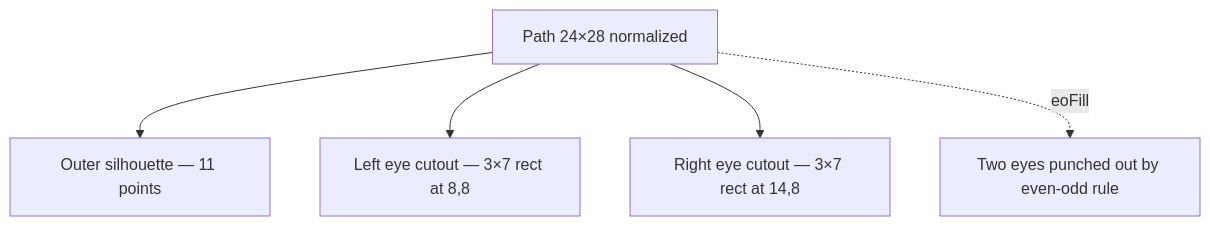
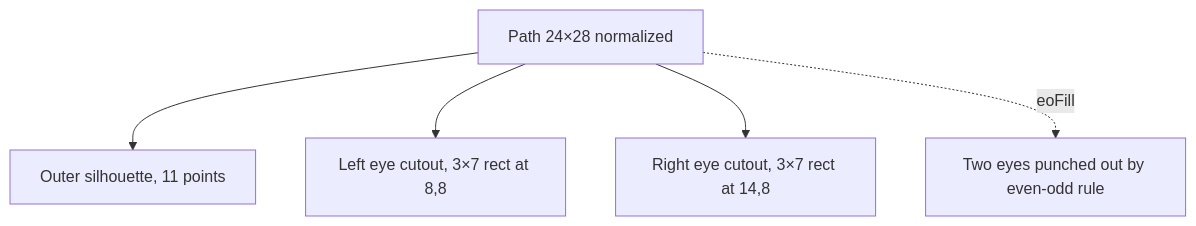
One commit to MrDemonWolf/WolfWave changed the diagram in design-system/components/twitch-glitch-shape.md. Above: the diagram before and after it, drawn with Mermaid. The commit also changed other lines of this file and 152 other files, not shown here.

````diff
--- a/design-system/components/twitch-glitch-shape.md
+++ b/design-system/components/twitch-glitch-shape.md
@@ -22,7 +22,7 @@
 ```mermaid
 graph TB
-  Path[Path 24×28 normalized] --> Outer[Outer silhouette — 11 points]
-  Path --> Left[Left eye cutout — 3×7 rect at 8,8]
-  Path --> Right[Right eye cutout — 3×7 rect at 14,8]
+  Path[Path 24×28 normalized] --> Outer[Outer silhouette, 11 points]
+  Path --> Left[Left eye cutout, 3×7 rect at 8,8]
+  Path --> Right[Right eye cutout, 3×7 rect at 14,8]
   Path -. eoFill .-> Render[Two eyes punched out by even-odd rule]
 ```
````
